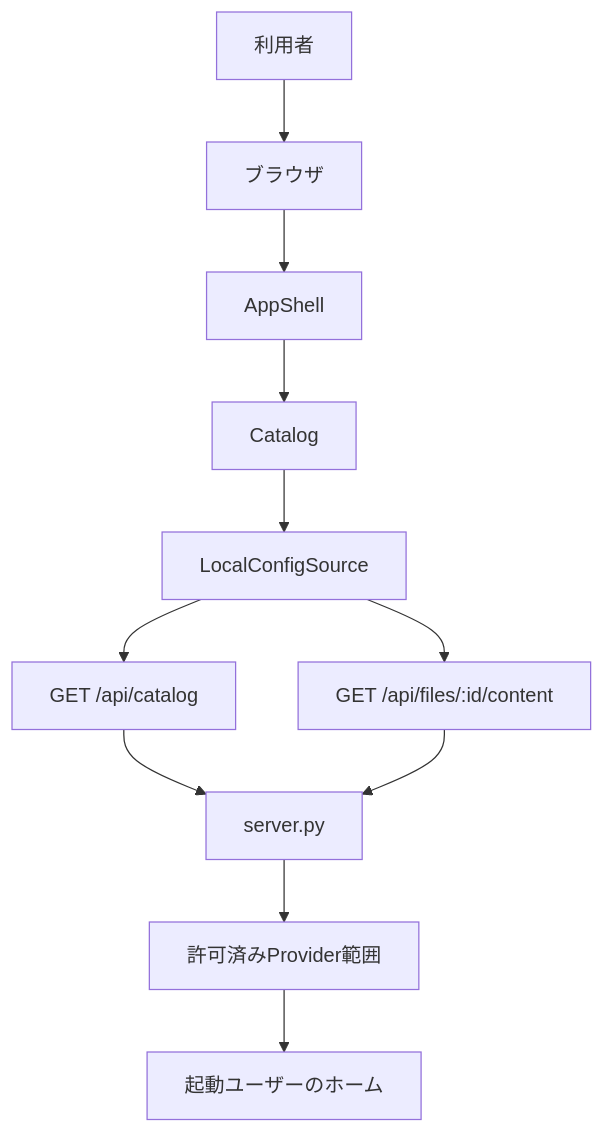
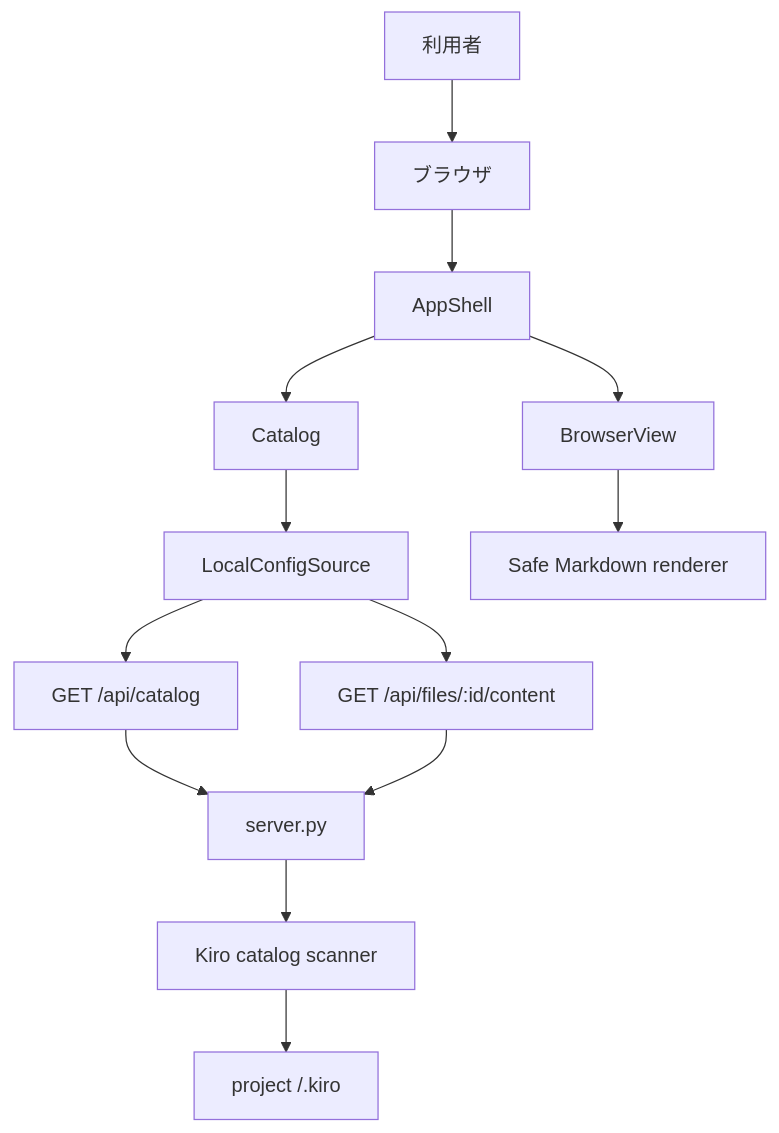
One commit to xzyozi/agent-config-viewer changed the diagram in docs/design/ACV-BD-001_基本設計書.md. Above: the diagram before and after it, drawn with Mermaid. The commit also changed other lines of this file and 6 other files, not shown here.

````diff
--- a/docs/design/ACV-BD-001_基本設計書.md
+++ b/docs/design/ACV-BD-001_基本設計書.md
@@ -30,13 +33,15 @@
 ```mermaid
 flowchart TD
     User[利用者] --> Browser[ブラウザ]
     Browser --> AppShell[AppShell]
     AppShell --> Catalog[Catalog]
     Catalog --> Source[LocalConfigSource]
     Source --> CatalogApi[GET /api/catalog]
     Source --> ContentApi[GET /api/files/:id/content]
     CatalogApi --> Server[server.py]
     ContentApi --> Server
-    Server --> Allowlist[許可済みProvider範囲]
-    Allowlist --> Home[起動ユーザーのホーム]
+    Server --> Scanner[Kiro catalog scanner]
+    Scanner --> ProjectKiro[project /.kiro]
+    AppShell --> View[BrowserView]
+    View --> Markdown[Safe Markdown renderer]
 ```
````
